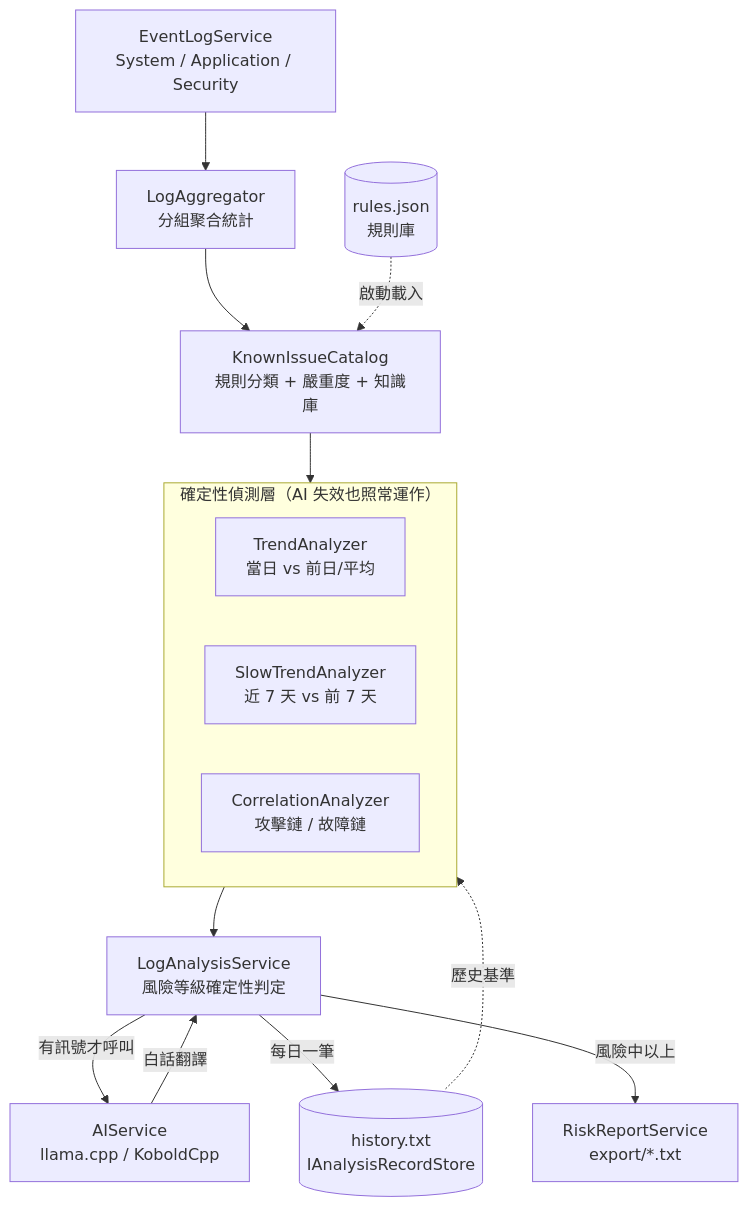
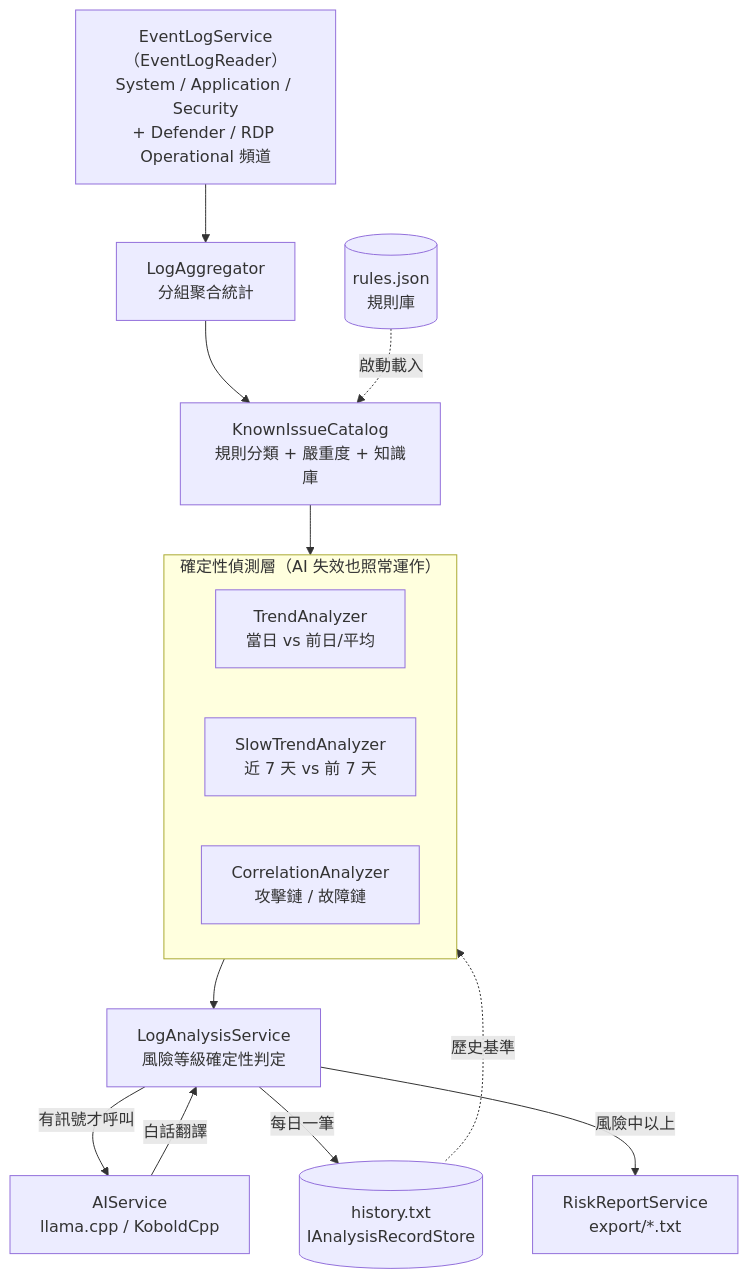
The diagram in README.md (darionnnnnn/LogForesight), drawn with Mermaid before and after one commit. The commit also changed other lines of this file and 26 other files, not shown here.

First line of the commit message:
新增 EventLogReader 讀取 Defender/RDP Operational 頻道，擴大入侵偵測面

````diff
--- a/README.md
+++ b/README.md
@@ -42,30 +42,30 @@
 ```mermaid
 flowchart TD
-    ELS["EventLogService<br/>System / Application / Security"]
+    ELS["EventLogService（EventLogReader）<br/>System / Application / Security<br/>+ Defender / RDP Operational 頻道"]
     AGG["LogAggregator<br/>分組聚合統計"]
     RULES[("rules.json<br/>規則庫")]
     CAT["KnownIssueCatalog<br/>規則分類 + 嚴重度 + 知識庫"]
 
     subgraph DET["確定性偵測層（AI 失效也照常運作）"]
         direction LR
         TREND["TrendAnalyzer<br/>當日 vs 前日/平均"]
         SLOW["SlowTrendAnalyzer<br/>近 7 天 vs 前 7 天"]
         CORR["CorrelationAnalyzer<br/>攻擊鏈 / 故障鏈"]
     end
 
     RISK["LogAnalysisService<br/>風險等級確定性判定"]
     AI["AIService<br/>llama.cpp / KoboldCpp"]
     HIST[("history.txt<br/>IAnalysisRecordStore")]
     REPORT["RiskReportService<br/>export/*.txt"]
 
     ELS --> AGG
     AGG --> CAT
     CAT --> DET
     DET --> RISK
     RULES -. 啟動載入 .-> CAT
     HIST -. 歷史基準 .-> DET
     RISK -- 有訊號才呼叫 --> AI
     AI -- 白話翻譯 --> RISK
     RISK -- 每日一筆 --> HIST
     RISK -- 風險中以上 --> REPORT
 ```
````
